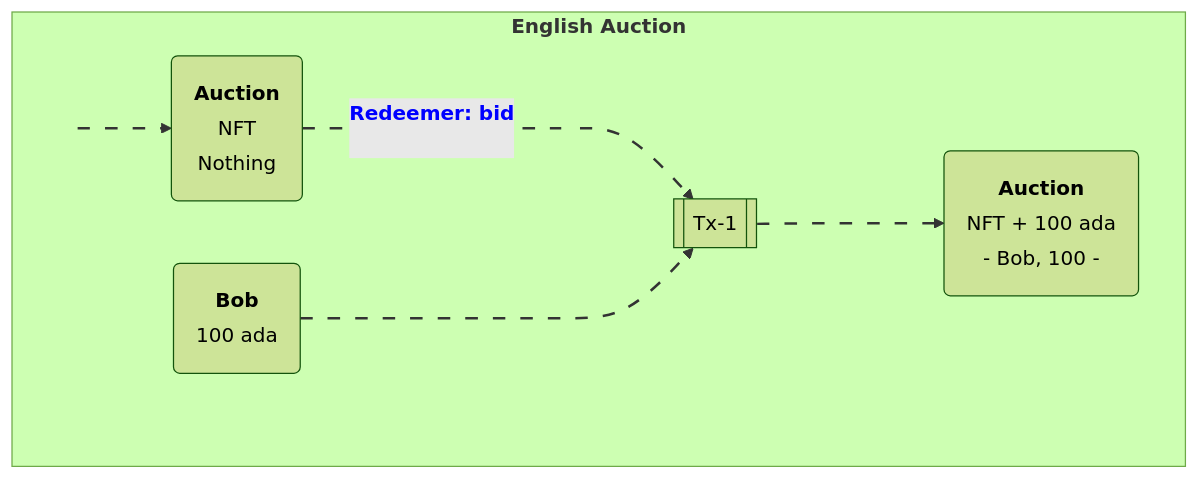
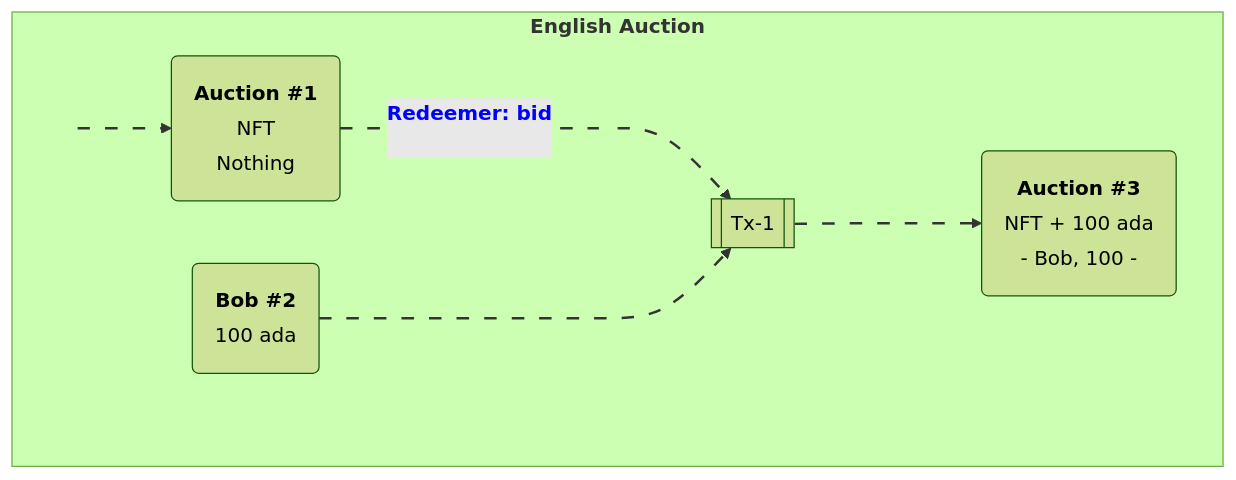
Before and after one commit to RalfWeiss/ergo-course-summary: the second of 3 diagrams in cardano/week1-auction.md, drawn with Mermaid (forest theme). The commit also changed other lines of this file, not shown here.

Commit message:
english auction: Charlie makes a Bid

````diff
--- a/cardano/week1-auction.md
+++ b/cardano/week1-auction.md
@@ -62,33 +62,33 @@
 ```mermaid
 flowchart TD 
   subgraph TOP[<b>English Auction</b>]
   direction LR
 
     %% Defining invisible Connector
     C1(( )):::invisible
     C2(( )):::invisible
     C3(( )):::invisible
 
     %% Defining the UTxO's // align=Left funktioniert nicht
-    U1( <table><tr><th>Auction</th></tr><tr><td>NFT<br /></td></tr><tr><td>Nothing</td></tr></table> )
-    U2( <table><tr><th>Bob</th></tr><tr><td>100 ada<br /></td></tr></table> )
+    U1( <table><tr><th>Auction #1</th></tr><tr><td>NFT<br /></td></tr><tr><td>Nothing</td></tr></table> )
+    U2( <table><tr><th>Bob #2</th></tr><tr><td>100 ada<br /></td></tr></table> )
 
     %% Defining the Tx1 and its connections
     T1[[Tx-1]]
 
     C1 --> U1
     U1 -- <p><b>Redeemer: bid</b><br/><br/></p> --- C2
     C2 --> T1
     U2 ---> T1
 
     %% Defining the Outputs 
-    U3( <table><tr><th>Auction</th></tr><tr><td>NFT + 100 ada<br /></td></tr><tr><td> - Bob, 100 - </td></tr></table> )
+    U3( <table><tr><th>Auction #3</th></tr><tr><td>NFT + 100 ada<br /></td></tr><tr><td> - Bob, 100 - </td></tr></table> )
 
     %% Connect Tx with Outputs 
     T1 ---> U3
 
     %% Defining Styles
     classDef invisible fill:none,stroke:none;
     linkStyle 0,1,2,3,4 stroke:#333,stroke-width:2px,color:blue,stroke-dasharray: 10 12;
   end
 ```
````
